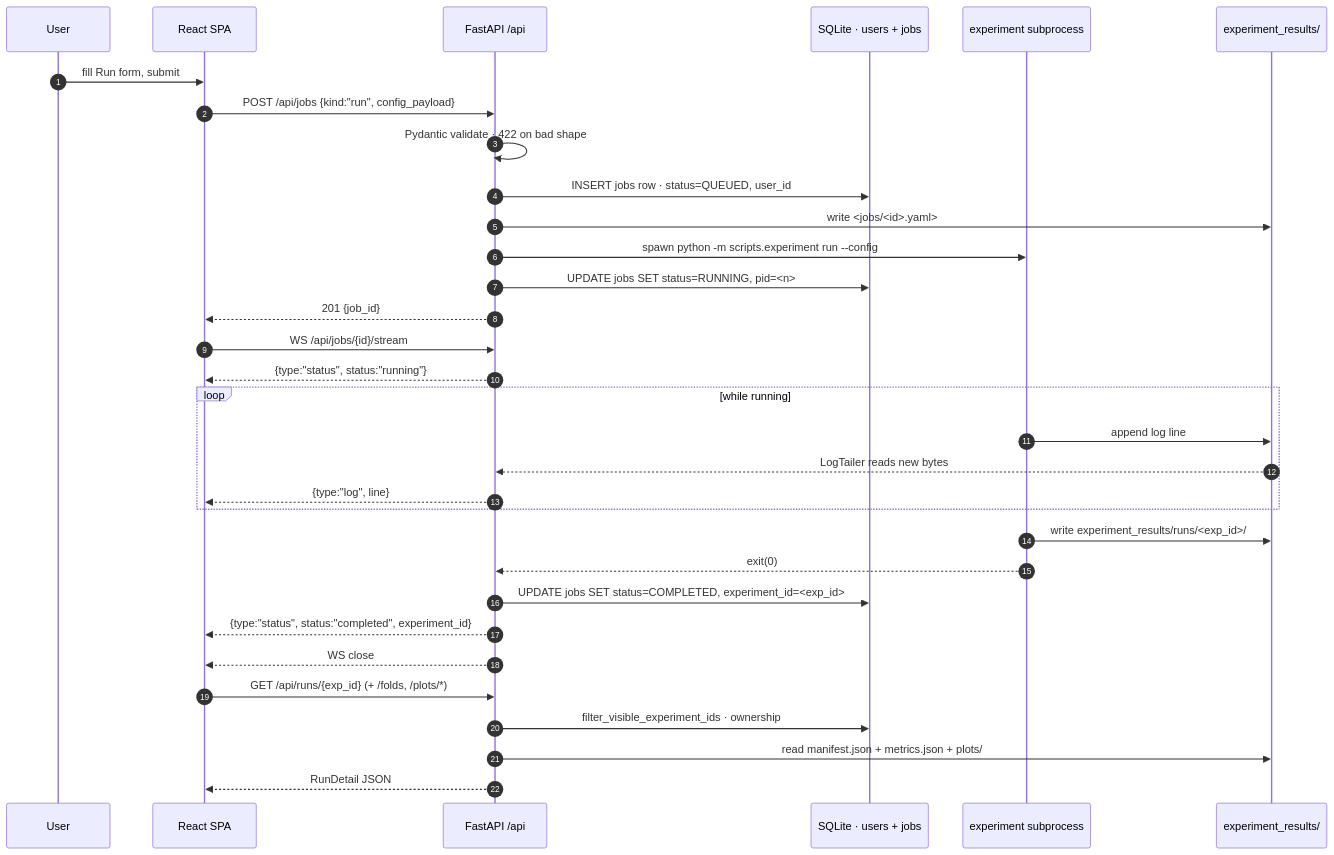
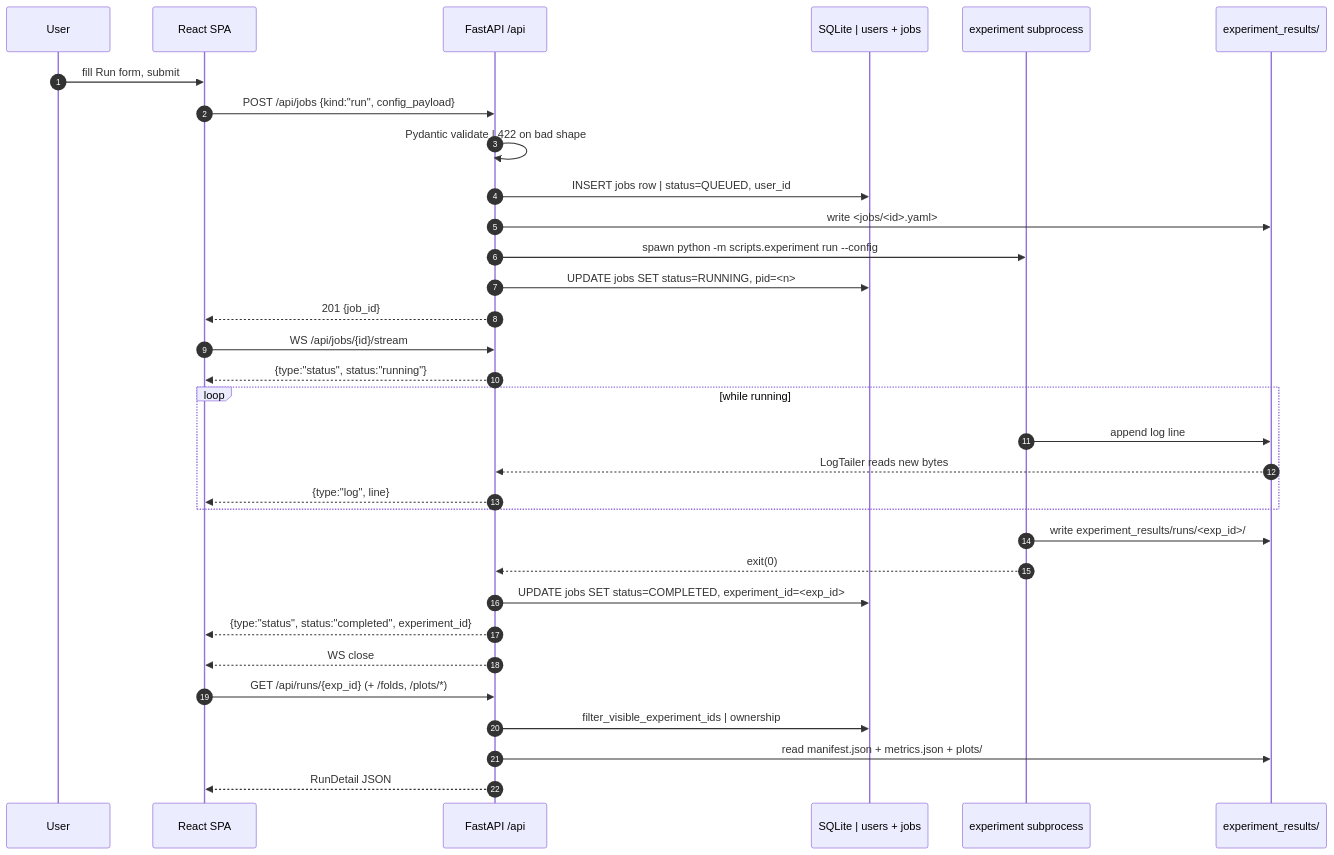
One commit to Alextz307/quantforge changed the fifth of 5 diagrams in README.md. Above: the diagram before and after it, drawn with Mermaid. The commit also changed other lines of this file and 358 other files, not shown here.

````diff
--- a/README.md
+++ b/README.md
@@ -206,37 +208,37 @@
 ```mermaid
 sequenceDiagram
     autonumber
     participant User as User
     participant SPA as React SPA
     participant API as FastAPI /api
-    participant DB as SQLite · users + jobs
+    participant DB as SQLite | users + jobs
     participant Sub as experiment subprocess
     participant FS as experiment_results/
 
     User->>SPA: fill Run form, submit
     SPA->>API: POST /api/jobs {kind:"run", config_payload}
-    API->>API: Pydantic validate · 422 on bad shape
-    API->>DB: INSERT jobs row · status=QUEUED, user_id
+    API->>API: Pydantic validate | 422 on bad shape
+    API->>DB: INSERT jobs row | status=QUEUED, user_id
     API->>FS: write <jobs/<id>.yaml>
     API->>Sub: spawn python -m scripts.experiment run --config
     API->>DB: UPDATE jobs SET status=RUNNING, pid=<n>
     API-->>SPA: 201 {job_id}
 
     SPA->>API: WS /api/jobs/{id}/stream
     API-->>SPA: {type:"status", status:"running"}
     loop while running
         Sub->>FS: append log line
         FS-->>API: LogTailer reads new bytes
         API-->>SPA: {type:"log", line}
     end
     Sub->>FS: write experiment_results/runs/<exp_id>/
     Sub-->>API: exit(0)
     API->>DB: UPDATE jobs SET status=COMPLETED, experiment_id=<exp_id>
     API-->>SPA: {type:"status", status:"completed", experiment_id}
     API-->>SPA: WS close
 
     SPA->>API: GET /api/runs/{exp_id} (+ /folds, /plots/*)
-    API->>DB: filter_visible_experiment_ids · ownership
+    API->>DB: filter_visible_experiment_ids | ownership
     API->>FS: read manifest.json + metrics.json + plots/
     API-->>SPA: RunDetail JSON
 ```
````
